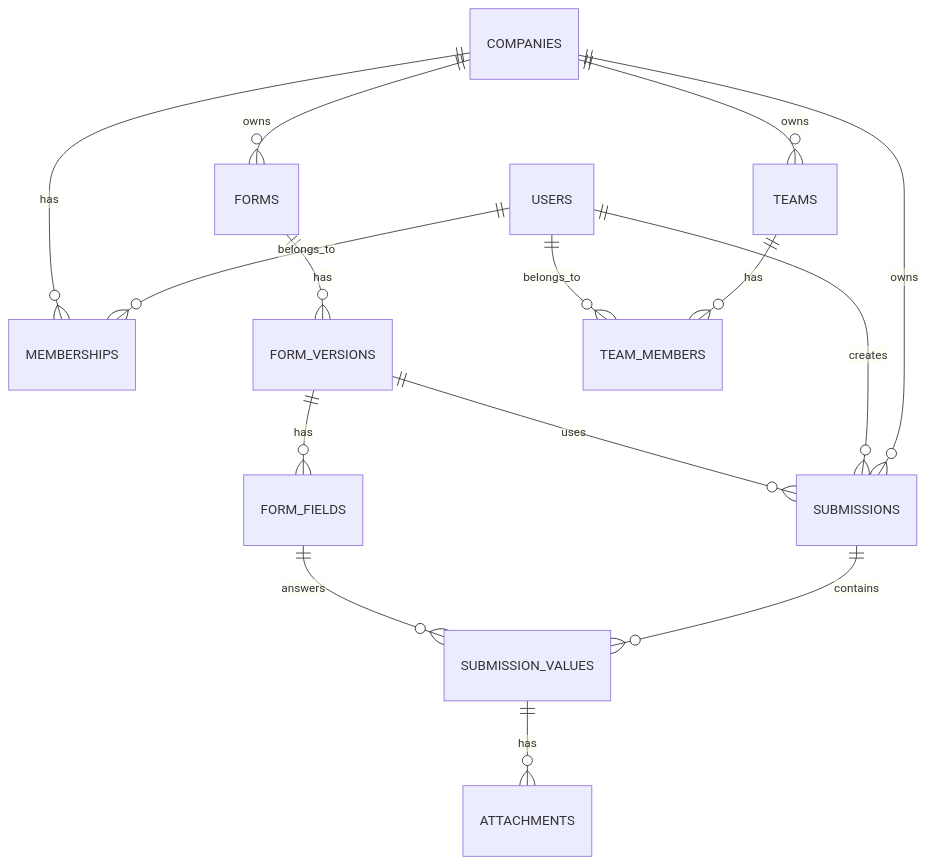
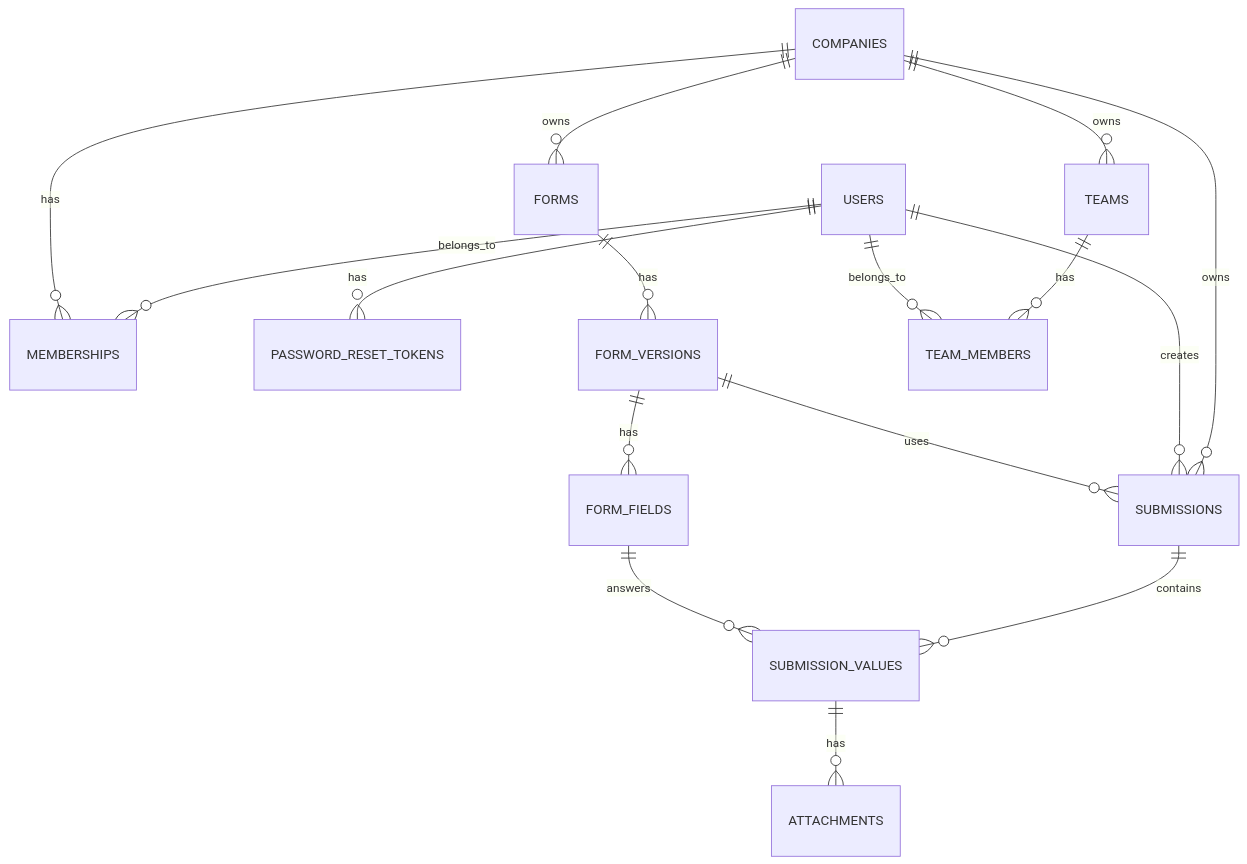
One commit to max-ramos-rod/smart-audit changed the diagram in docs/DER_Smart_Audit.md. Above: the diagram before and after it, drawn with Mermaid. The commit also changed other lines of this file and 26 other files, not shown here.

````diff
--- a/docs/DER_Smart_Audit.md
+++ b/docs/DER_Smart_Audit.md
@@ -102,17 +106,18 @@
 ```mermaid
 erDiagram
     USERS ||--o{ MEMBERSHIPS : belongs_to
     COMPANIES ||--o{ MEMBERSHIPS : has
+    USERS ||--o{ PASSWORD_RESET_TOKENS : has
     COMPANIES ||--o{ FORMS : owns
     FORMS ||--o{ FORM_VERSIONS : has
     FORM_VERSIONS ||--o{ FORM_FIELDS : has
     COMPANIES ||--o{ SUBMISSIONS : owns
     USERS ||--o{ SUBMISSIONS : creates
     FORM_VERSIONS ||--o{ SUBMISSIONS : uses
     SUBMISSIONS ||--o{ SUBMISSION_VALUES : contains
     FORM_FIELDS ||--o{ SUBMISSION_VALUES : answers
     SUBMISSION_VALUES ||--o{ ATTACHMENTS : has
     COMPANIES ||--o{ TEAMS : owns
     TEAMS ||--o{ TEAM_MEMBERS : has
     USERS ||--o{ TEAM_MEMBERS : belongs_to
 ```
````
